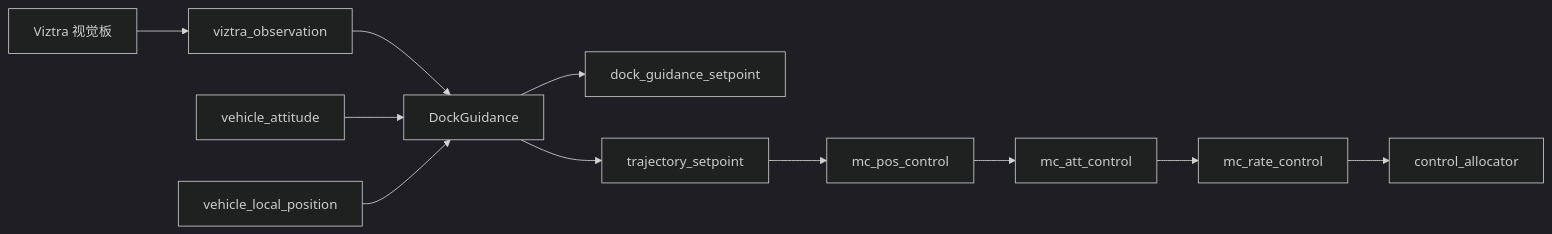
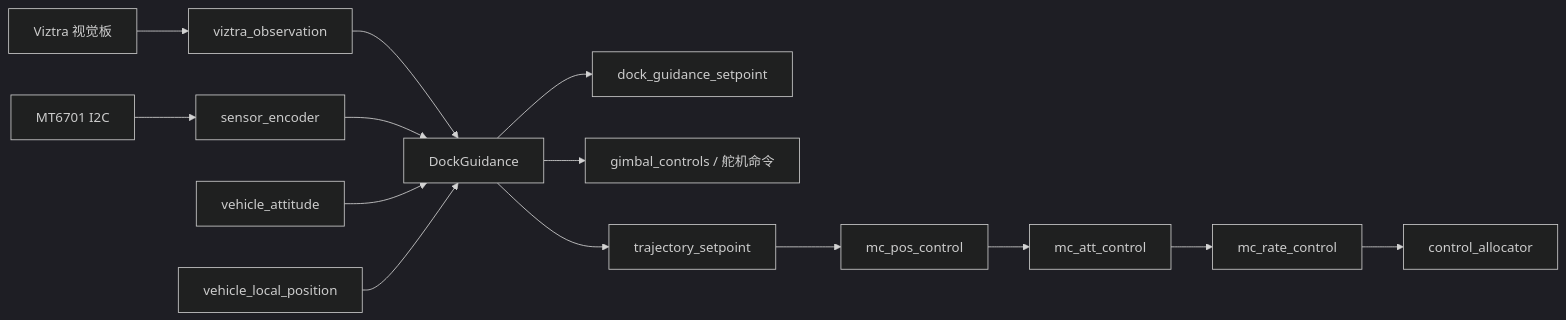
One commit to qikai820/px4-autopilot changed the first of 5 diagrams in docs/DockGuidance_代码逻辑流程图.md. Above: the diagram before and after it, drawn with Mermaid (dark theme). The commit also changed other lines of this file and 6 other files, not shown here.

````diff
--- a/docs/DockGuidance_代码逻辑流程图.md
+++ b/docs/DockGuidance_代码逻辑流程图.md
@@ -7,13 +7,16 @@
 ```mermaid
 flowchart LR
     V[Viztra 视觉板] --> O[viztra_observation]
     O --> D[DockGuidance]
+    M[MT6701 I2C] --> E[sensor_encoder]
+    E --> D
     A[vehicle_attitude] --> D
     P[vehicle_local_position] --> D
     D --> S[dock_guidance_setpoint]
+    D --> G[gimbal_controls / 舵机命令]
     D --> T[trajectory_setpoint]
     T --> PC[mc_pos_control]
     PC --> AC[mc_att_control]
     AC --> RC[mc_rate_control]
     RC --> CA[control_allocator]
 ```
````
